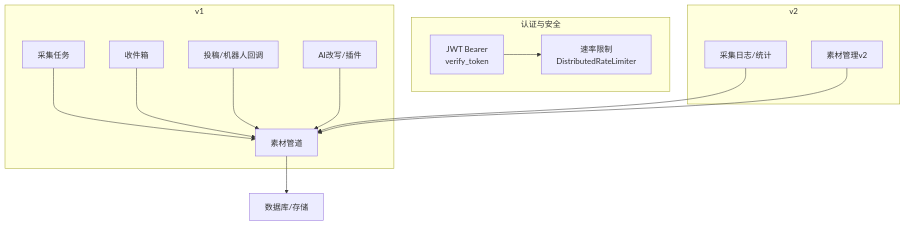
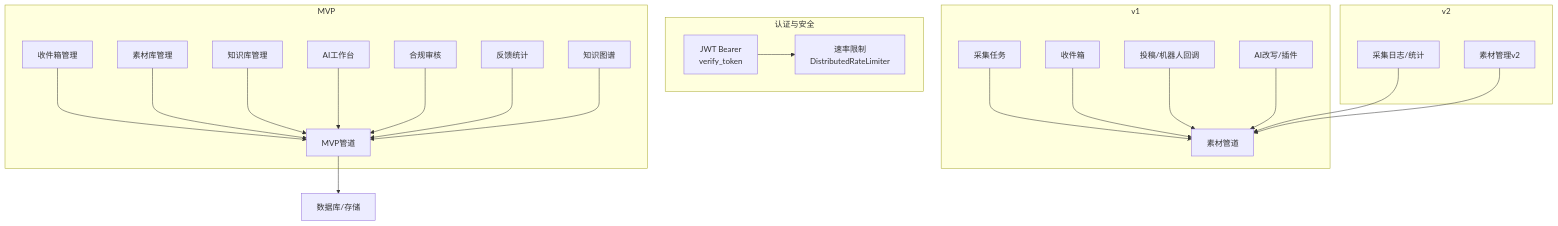
One commit to dream-ze/AI_huoke- changed the second of 7 diagrams in .qoder/repowiki/zh/content/API接口文档/API接口文档.md. Above: the diagram before and after it, drawn with Mermaid. The commit also changed other lines of this file and 220 other files, not shown here.

````diff
--- a/.qoder/repowiki/zh/content/API接口文档/API接口文档.md
+++ b/.qoder/repowiki/zh/content/API接口文档/API接口文档.md
@@ -99,17 +129,26 @@
 ```mermaid
 graph TB
 subgraph "认证与安全"
 SEC["JWT Bearer<br/>verify_token"] --> RL["速率限制<br/>DistributedRateLimiter"]
 end
 subgraph "v1"
 V1COL["采集任务"] --> PIPE["素材管道"]
 V1INB["收件箱"] --> PIPE
 V1SUB["投稿/机器人回调"] --> PIPE
 V1AI["AI改写/插件"] --> PIPE
 end
 subgraph "v2"
 V2COL["采集日志/统计"] --> PIPE
 V2MAT["素材管理v2"] --> PIPE
 end
-PIPE --> DB["数据库/存储"]
+subgraph "MVP"
+MVPINB["收件箱管理"] --> MPPIPE["MVP管道"]
+MVPMAT["素材库管理"] --> MPPIPE
+MVPKNOW["知识库管理"] --> MPPIPE
+MVPGEN["AI工作台"] --> MPPIPE
+MVPCOMP["合规审核"] --> MPPIPE
+MVPFEED["反馈统计"] --> MPPIPE
+MVPGRAPH["知识图谱"] --> MPPIPE
+end
+MPPIPE --> DB["数据库/存储"]
 ```
````
